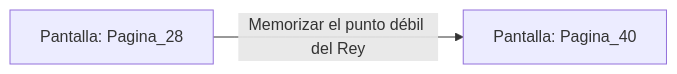
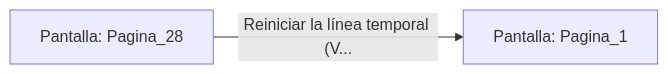
Before and after one commit to metsuke/mpl: the diagram in sample/eligejuego-vault/Pantalla_Pagina_28.md, drawn with Mermaid. The commit also changed other lines of this file and 635 other files, not shown here.

First line of the commit message:
fix: añadir Pagina_1 como pantalla inicial en capitulo_01.mpl

````diff
--- a/sample/eligejuego-vault/Pantalla_Pagina_28.md
+++ b/sample/eligejuego-vault/Pantalla_Pagina_28.md
@@ -14,5 +17,5 @@
 ```mermaid
 graph LR
     P_Pagina_28["Pantalla: Pagina_28"]
-    P_Pagina_28 -->|"Memorizar el punto débil del Rey"| P_Pagina_40["Pantalla: Pagina_40"]
+    P_Pagina_28 -->|"Reiniciar la línea temporal (V..."| P_Pagina_1["Pantalla: Pagina_1"]
 ```
````
